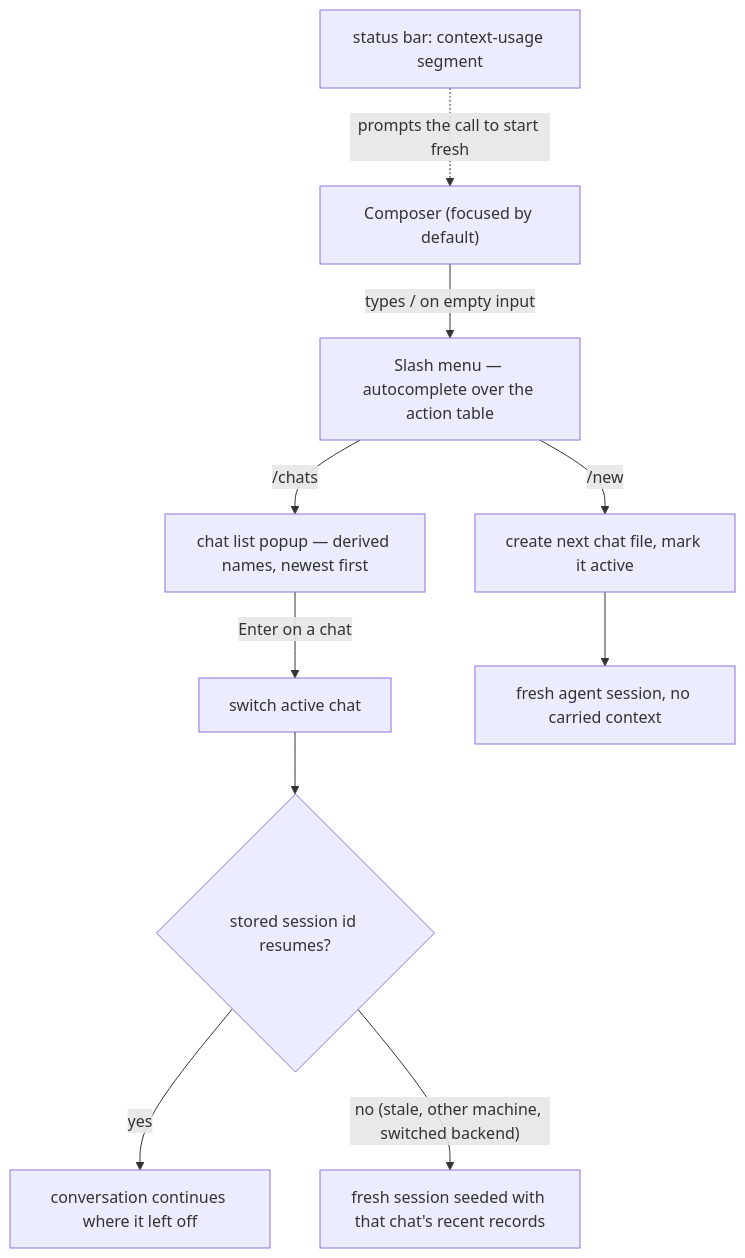
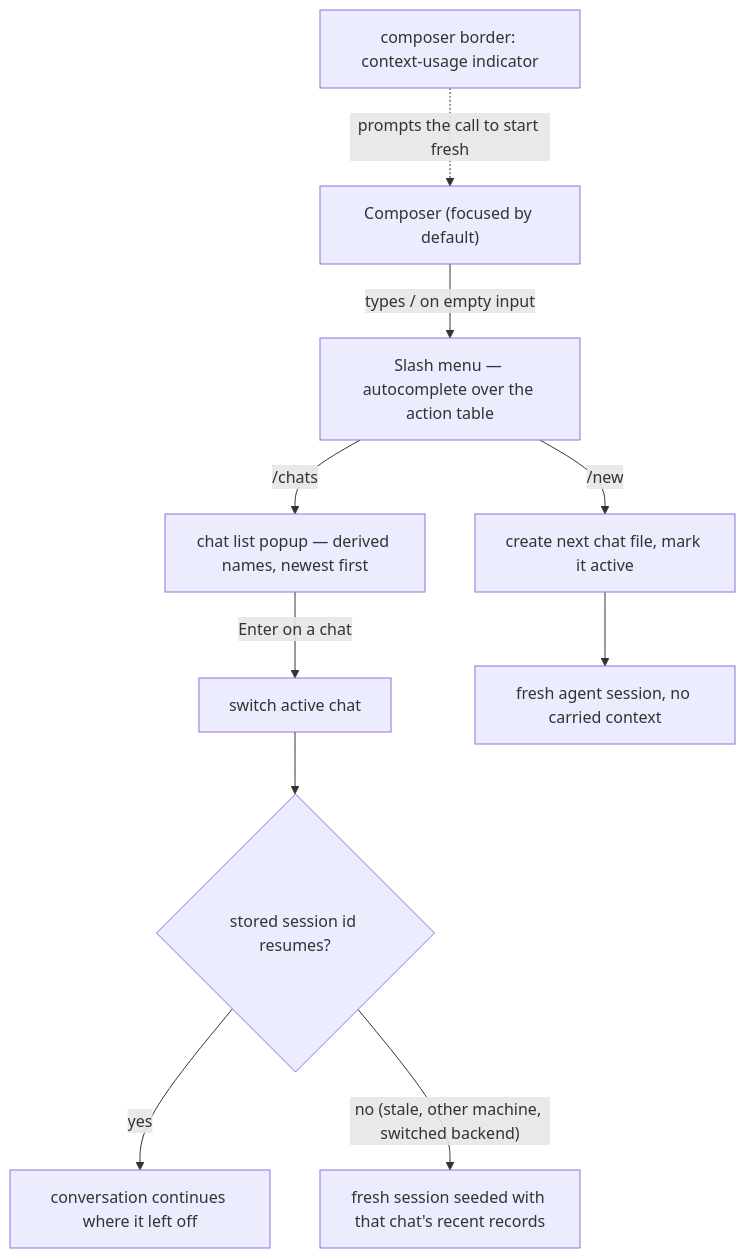
Before and after one commit to khmilevoi/termcraft: the diagram in docs/architecture/flows/chats.md, drawn with Mermaid. The commit also changed other lines of this file and 2 other files, not shown here.

First line of the commit message:
docs(spec): model chip and context usage live on the composer border

````diff
--- a/docs/architecture/flows/chats.md
+++ b/docs/architecture/flows/chats.md
@@ -3,12 +3,12 @@
 ```mermaid
 flowchart TD
     composer["Composer (focused by default)"] -- "types / on empty input" --> menu["Slash menu — autocomplete over the action table"]
     menu -- "/new" --> create["create next chat file, mark it active"]
     menu -- "/chats" --> list["chat list popup — derived names, newest first"]
     list -- "Enter on a chat" --> switch["switch active chat"]
     create --> fresh["fresh agent session, no carried context"]
     switch --> resume{"stored session id resumes?"}
     resume -- "yes" --> cont["conversation continues where it left off"]
     resume -- "no (stale, other machine, switched backend)" --> seed["fresh session seeded with that chat's recent records"]
-    usage["status bar: context-usage segment"] -. "prompts the call to start fresh" .-> composer
+    usage["composer border: context-usage indicator"] -. "prompts the call to start fresh" .-> composer
 ```
````
